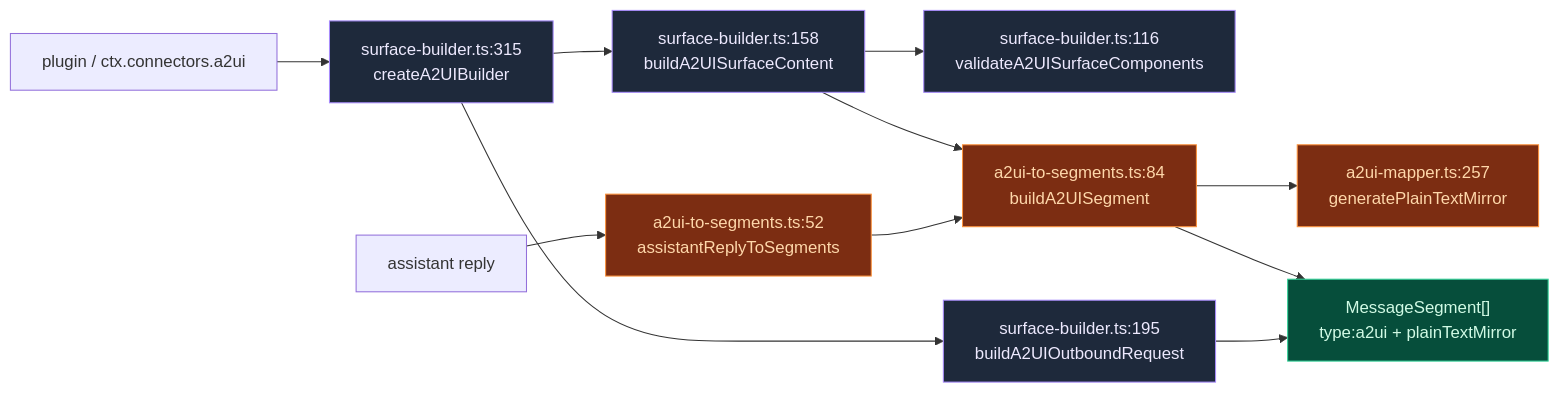
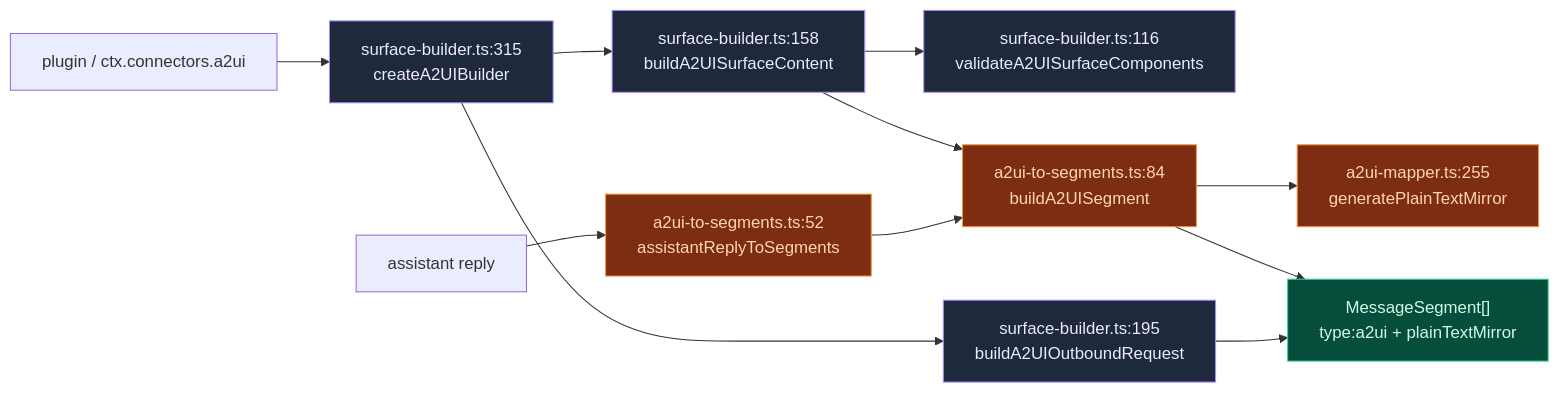
Before and after one commit to MaxQian888/cognia-next: the first of 2 diagrams in docs/content/docs/en/subsystems/a2ui/im-bridge.mdx, drawn with Mermaid. The commit also changed other lines of this file and 61 other files, not shown here.

````diff
--- a/docs/content/docs/en/subsystems/a2ui/im-bridge.mdx
+++ b/docs/content/docs/en/subsystems/a2ui/im-bridge.mdx
@@ -95,20 +96,20 @@
 ```mermaid
 flowchart LR
   PLUG["plugin / ctx.connectors.a2ui"] --> CB["surface-builder.ts:315<br/>createA2UIBuilder"]
   CB --> BC["surface-builder.ts:158<br/>buildA2UISurfaceContent"]
   BC --> VAL["surface-builder.ts:116<br/>validateA2UISurfaceComponents"]
   BC --> SEG["a2ui-to-segments.ts:84<br/>buildA2UISegment"]
-  SEG --> MIR["a2ui-mapper.ts:257<br/>generatePlainTextMirror"]
+  SEG --> MIR["a2ui-mapper.ts:255<br/>generatePlainTextMirror"]
   REPLY["assistant reply"] --> ARS["a2ui-to-segments.ts:52<br/>assistantReplyToSegments"]
   ARS --> SEG
   SEG --> OUT["MessageSegment[]<br/>type:a2ui + plainTextMirror"]
   CB --> ONE["surface-builder.ts:195<br/>buildA2UIOutboundRequest"]
   ONE --> OUT
 
   classDef build fill:#1e293b,stroke:#a78bfa,color:#ede9fe
   classDef seg fill:#7c2d12,stroke:#fb923c,color:#fed7aa
   classDef out fill:#064e3b,stroke:#34d399,color:#d1fae5
   class CB,BC,VAL,ONE build
   class SEG,MIR,ARS seg
   class OUT out
 ```
````
